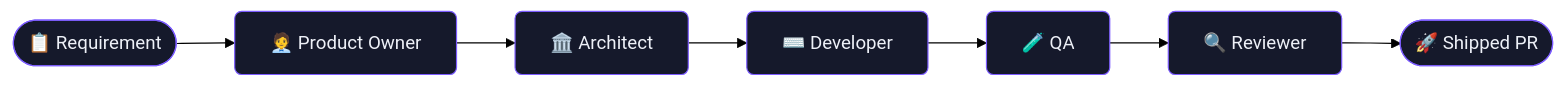
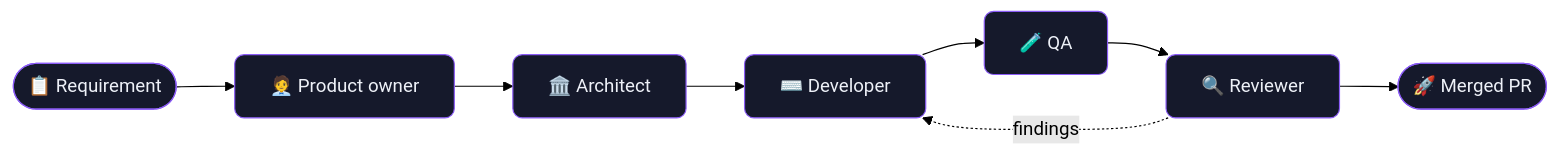
The diagram in README.md (ankitkatiyar567/ankitkatiyar567), drawn with Mermaid (forest theme) before and after one commit. The commit also changed other lines of this file, not shown here.

````diff
--- a/README.md
+++ b/README.md
@@ -28,6 +51,7 @@
 ```mermaid
 flowchart LR
-  R([📋 Requirement]) --> PO[🧑‍💼 Product Owner] --> A[🏛️ Architect] --> D[⌨️ Developer] --> Q[🧪 QA] --> V[🔍 Reviewer] --> S([🚀 Shipped PR])
-  classDef n fill:#15192b,stroke:#7c5cff,color:#eef1f8,rx:6,ry:6;
+  R([📋 Requirement]) --> PO[🧑‍💼 Product owner] --> A[🏛️ Architect] --> D[⌨️ Developer] --> Q[🧪 QA] --> V[🔍 Reviewer] --> S([🚀 Merged PR])
+  V -. findings .-> D
+  classDef n fill:#15192b,stroke:#8b5cf6,color:#eef1f8,rx:8,ry:8;
   class R,PO,A,D,Q,V,S n;
 ```
````
